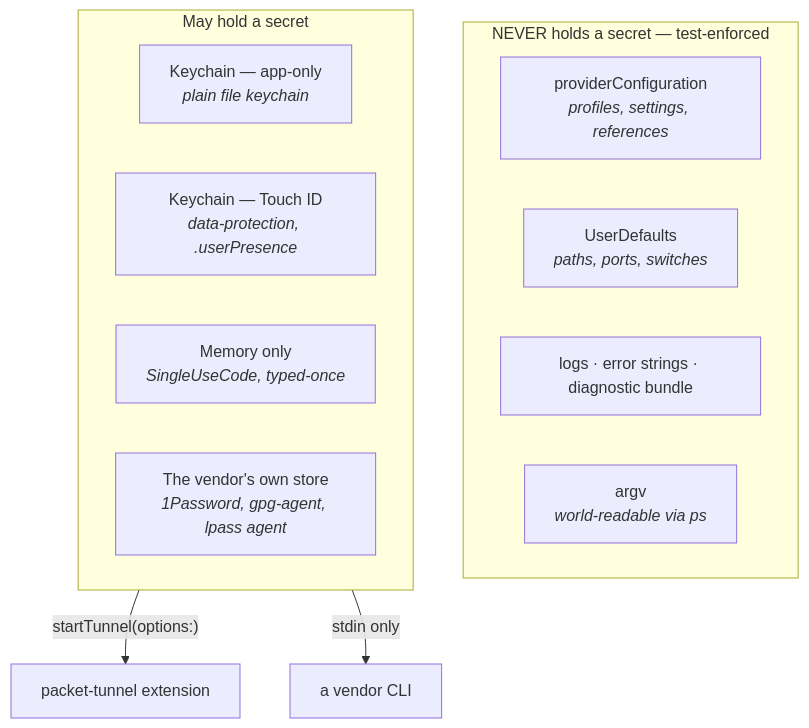
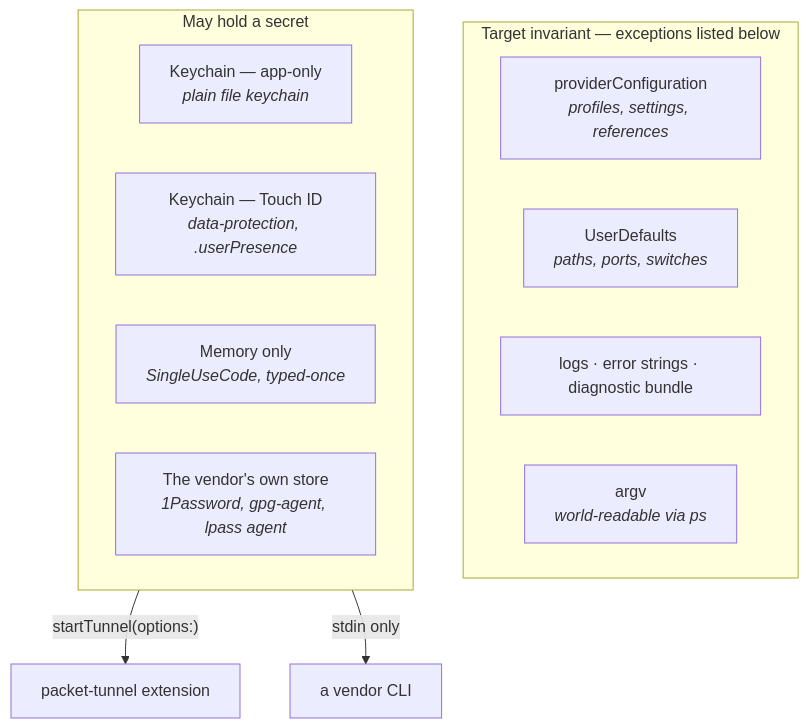
One commit to bitwisecook/SimpleVPN changed the first of 3 diagrams in Docs/SecretsAndSync.md. Above: the diagram before and after it, drawn with Mermaid. The commit also changed other lines of this file and 44 other files, not shown here.

````diff
--- a/Docs/SecretsAndSync.md
+++ b/Docs/SecretsAndSync.md
@@ -20,17 +20,17 @@
 ```mermaid
 flowchart TB
-    subgraph Never["NEVER holds a secret — test-enforced"]
+    subgraph Never["Target invariant — exceptions listed below"]
         PC["providerConfiguration<br/><i>profiles, settings, references</i>"]
         UD["UserDefaults<br/><i>paths, ports, switches</i>"]
         LG["logs · error strings · diagnostic bundle"]
         AV["argv<br/><i>world-readable via ps</i>"]
     end
     subgraph Holds["May hold a secret"]
         K1["Keychain — app-only<br/><i>plain file keychain</i>"]
         K2["Keychain — Touch ID<br/><i>data-protection, .userPresence</i>"]
         MEM["Memory only<br/><i>SingleUseCode, typed-once</i>"]
         VEND["The vendor's own store<br/><i>1Password, gpg-agent, lpass agent</i>"]
     end
     Holds -->|"startTunnel(options:)"| EXT["packet-tunnel extension"]
     Holds -->|"stdin only"| CLI["a vendor CLI"]
 ```
````
